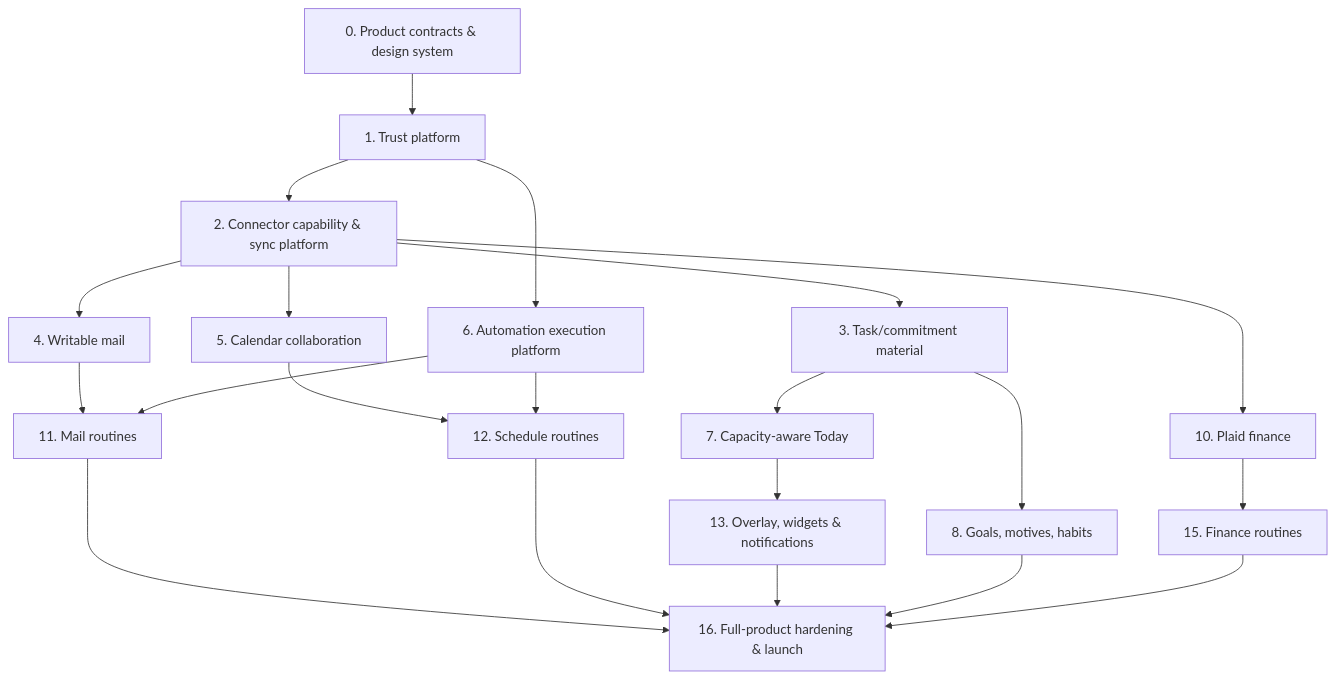
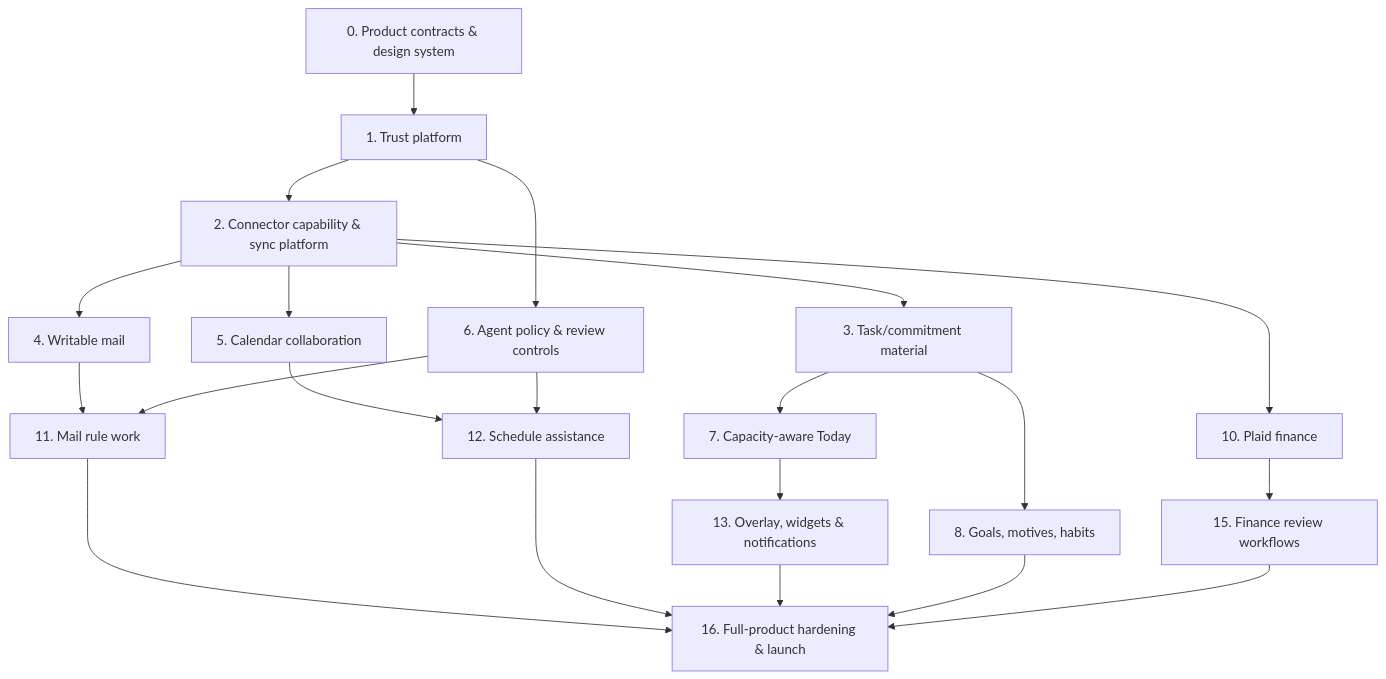
Before and after one commit to coopersully/personal-os: the diagram in docs/product/master-plan.md, drawn with Mermaid. The commit also changed other lines of this file and 110 other files, not shown here.

````diff
--- a/docs/product/master-plan.md
+++ b/docs/product/master-plan.md
@@ -31,23 +31,23 @@
 ```mermaid
 flowchart TD
   A[0. Product contracts & design system] --> B[1. Trust platform]
   B --> C[2. Connector capability & sync platform]
   C --> D[3. Task/commitment material]
   C --> E[4. Writable mail]
   C --> F[5. Calendar collaboration]
-  B --> G[6. Automation execution platform]
+  B --> G[6. Agent policy & review controls]
   D --> H[7. Capacity-aware Today]
   D --> I[8. Goals, motives, habits]
   C --> K[10. Plaid finance]
-  E --> L[11. Mail routines]
-  F --> M[12. Schedule routines]
+  E --> L[11. Mail rule work]
+  F --> M[12. Schedule assistance]
   G --> L
   G --> M
   H --> N[13. Overlay, widgets & notifications]
-  K --> P[15. Finance routines]
+  K --> P[15. Finance review workflows]
   L --> Q[16. Full-product hardening & launch]
   M --> Q
   N --> Q
   I --> Q
   P --> Q
 ```
````
